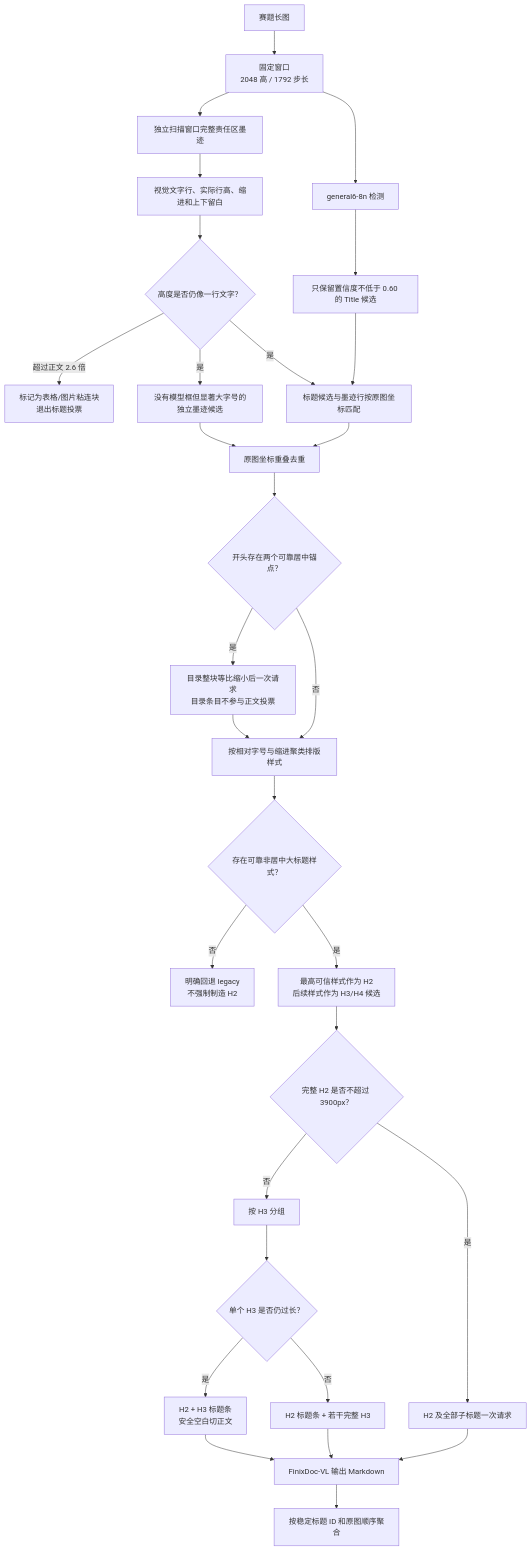
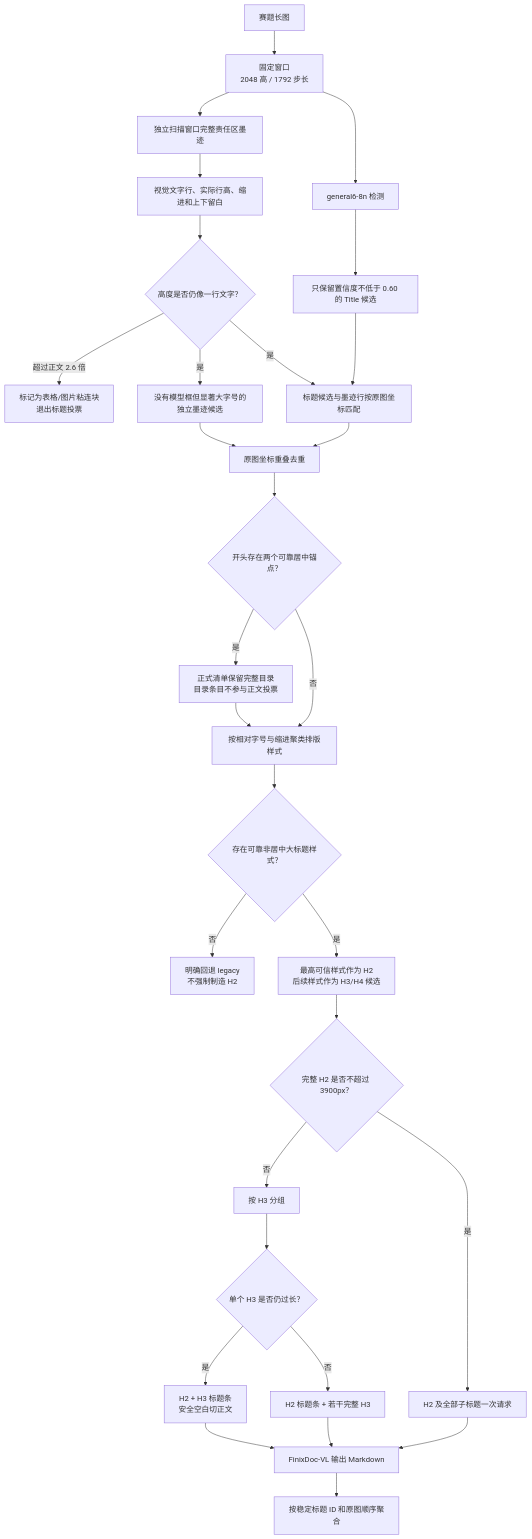
Before and after one commit to AAAXXS-0/CAFA6202: the diagram in afac_pipeline/long/README.md, drawn with Mermaid. The commit also changed other lines of this file and 7 other files, not shown here.

````diff
--- a/afac_pipeline/long/README.md
+++ b/afac_pipeline/long/README.md
@@ -7,32 +7,32 @@
 ```mermaid
 flowchart TD
     A["赛题长图"] --> B["固定窗口<br/>2048 高 / 1792 步长"]
     B --> C["general6-8n 检测"]
     C --> D["只保留置信度不低于 0.60 的 Title 候选"]
     B --> E["独立扫描窗口完整责任区墨迹"]
     E --> F["视觉文字行、实际行高、缩进和上下留白"]
     F --> F1{"高度是否仍像一行文字？"}
     F1 -- "超过正文 2.6 倍" --> F2["标记为表格/图片粘连块<br/>退出标题投票"]
     D --> G["标题候选与墨迹行按原图坐标匹配"]
     F1 -- "是" --> G
     F1 -- "是" --> H["没有模型框但显著大字号的独立墨迹候选"]
     G --> U["原图坐标重叠去重"]
     H --> U
     U --> V{"开头存在两个可靠居中锚点？"}
-    V -- "是" --> W["目录整块等比缩小后一次请求<br/>目录条目不参与正文投票"]
+    V -- "是" --> W["正式清单保留完整目录<br/>目录条目不参与正文投票"]
     V -- "否" --> I["按相对字号与缩进聚类排版样式"]
     W --> I
     I --> J{"存在可靠非居中大标题样式？"}
     J -- "否" --> K["明确回退 legacy<br/>不强制制造 H2"]
     J -- "是" --> L["最高可信样式作为 H2<br/>后续样式作为 H3/H4 候选"]
     L --> M{"完整 H2 是否不超过 3900px？"}
     M -- "是" --> N["H2 及全部子标题一次请求"]
     M -- "否" --> O["按 H3 分组"]
     O --> P{"单个 H3 是否仍过长？"}
     P -- "否" --> Q["H2 标题条 + 若干完整 H3"]
     P -- "是" --> R["H2 + H3 标题条<br/>安全空白切正文"]
     N --> S["FinixDoc-VL 输出 Markdown"]
     Q --> S
     R --> S
     S --> T["按稳定标题 ID 和原图顺序聚合"]
 ```
````
